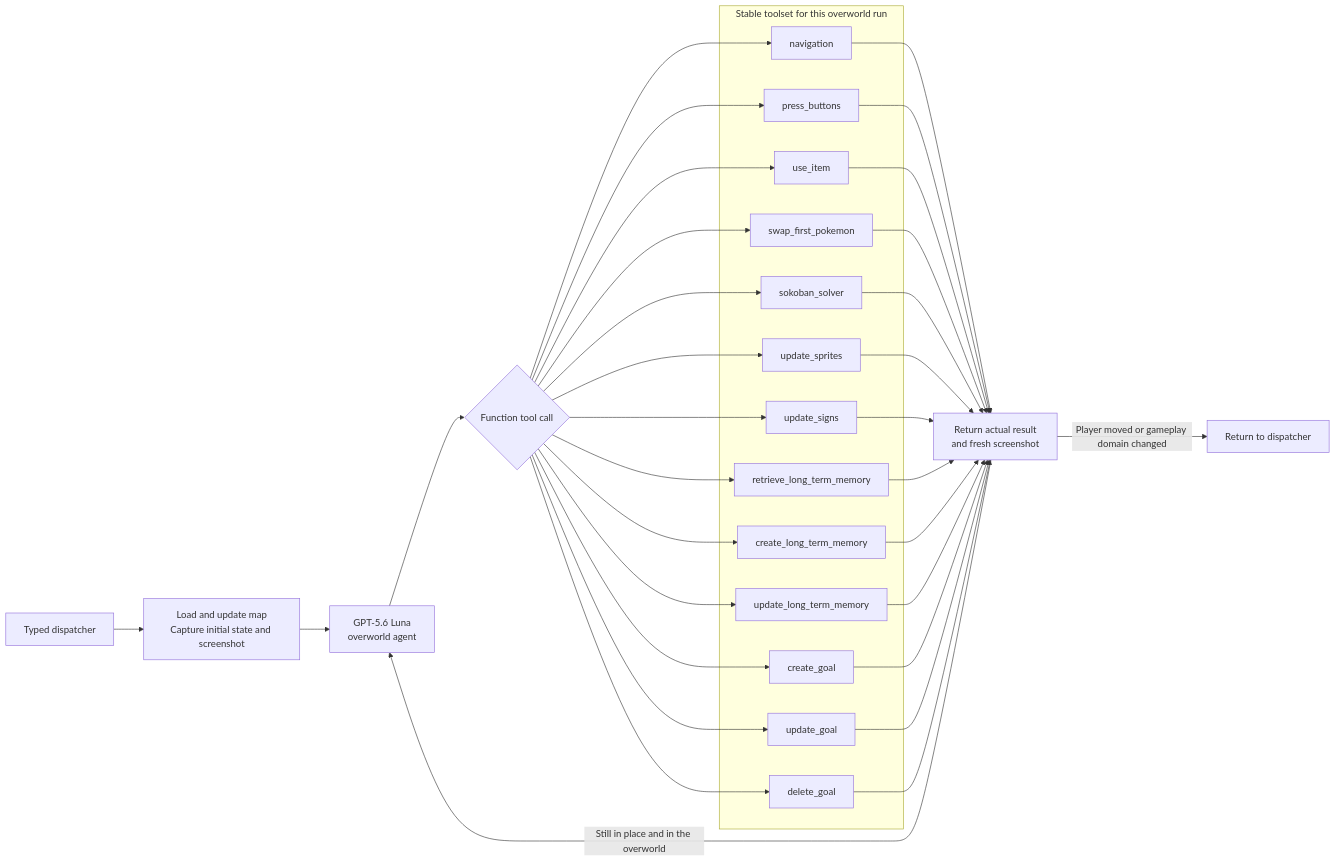
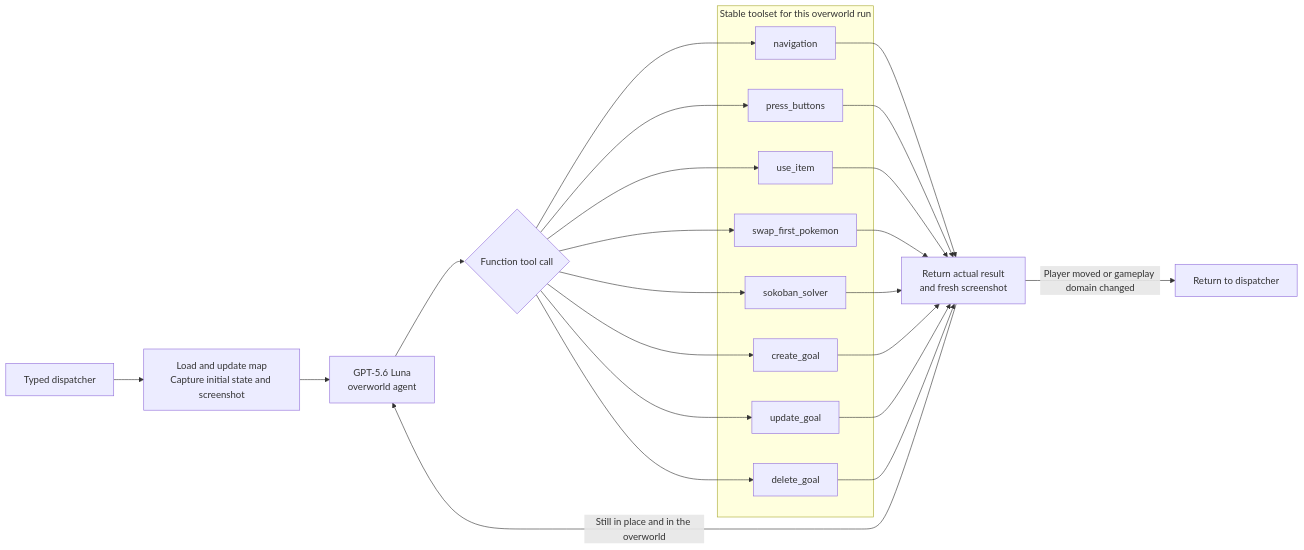
Before and after one commit to clambro/ai-plays-pokemon: the second of 4 diagrams in docs/workflow.md, drawn with Mermaid. The commit also changed other lines of this file and 52 other files, not shown here.

````diff
--- a/docs/workflow.md
+++ b/docs/workflow.md
@@ -51,53 +51,38 @@
 ```mermaid
 flowchart LR
     dispatch["Typed dispatcher"] --> prepare["Load and update map<br/>Capture initial state and screenshot"]
     prepare --> agent["GPT-5.6 Luna<br/>overworld agent"]
     agent --> choice{"Function tool call"}
 
     subgraph toolset["Stable toolset for this overworld run"]
         navigate["navigation"]
         buttons["press_buttons"]
         item["use_item"]
         swap["swap_first_pokemon"]
         sokoban["sokoban_solver"]
-        sprites["update_sprites"]
-        signs["update_signs"]
-        retrieve_memory["retrieve_long_term_memory"]
-        create_memory["create_long_term_memory"]
-        update_memory["update_long_term_memory"]
         create_goal["create_goal"]
         update_goal["update_goal"]
         delete_goal["delete_goal"]
     end
 
     choice --> navigate
     choice --> buttons
     choice --> item
     choice --> swap
     choice --> sokoban
-    choice --> sprites
-    choice --> signs
-    choice --> retrieve_memory
-    choice --> create_memory
-    choice --> update_memory
     choice --> create_goal
     choice --> update_goal
     choice --> delete_goal
 
     navigate --> observe["Return actual result<br/>and fresh screenshot"]
     buttons --> observe
     item --> observe
     swap --> observe
     sokoban --> observe
-    sprites --> observe
-    signs --> observe
-    retrieve_memory --> observe
-    create_memory --> observe
-    update_memory --> observe
     create_goal --> observe
     update_goal --> observe
     delete_goal --> observe
 
     observe -->|"Still in place and in the overworld"| agent
     observe -->|"Player moved or gameplay domain changed"| finish["Return to dispatcher"]
 ```
````
